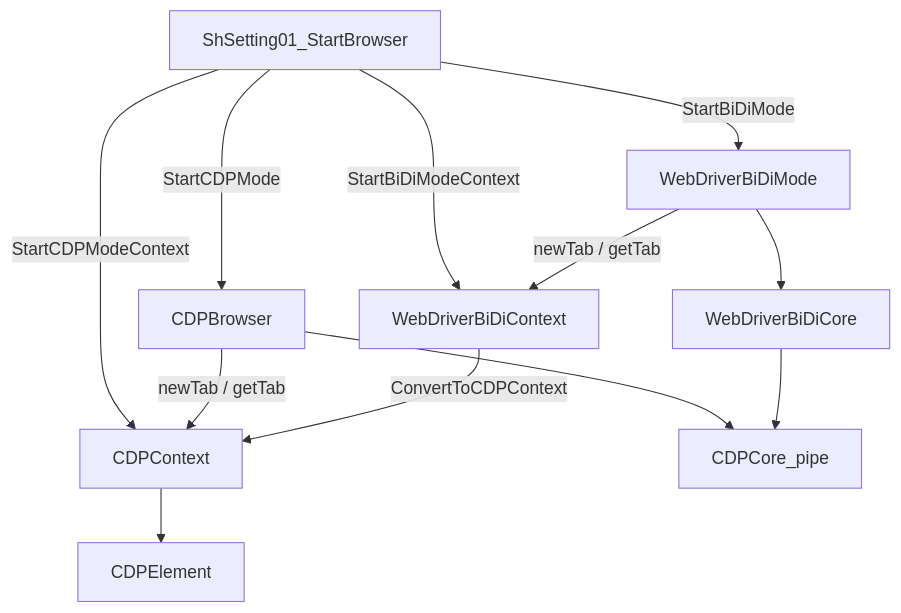
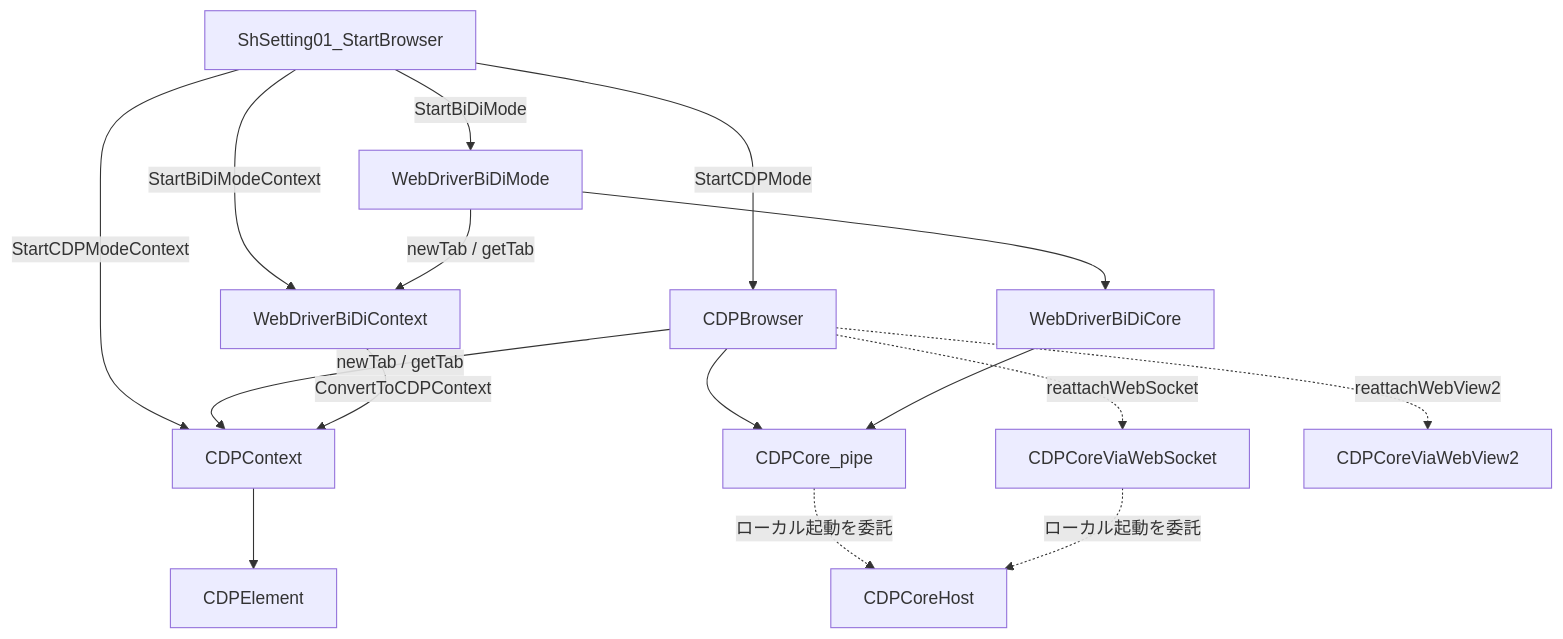
Before and after one commit to Eschamali/StarterWebScrapingKit: the diagram in docs/concepts/architecture.md, drawn with Mermaid. The commit also changed other lines of this file and 9 other files, not shown here.

````diff
--- a/docs/concepts/architecture.md
+++ b/docs/concepts/architecture.md
@@ -9,15 +9,19 @@
 ```mermaid
 flowchart TB
   setting[ShSetting01_StartBrowser]
   setting -->|StartCDPModeContext| ctxCdp[CDPContext]
   setting -->|StartCDPMode| brCdp[CDPBrowser]
   setting -->|StartBiDiModeContext| ctxBidi[WebDriverBiDiContext]
   setting -->|StartBiDiMode| modeBidi[WebDriverBiDiMode]
   brCdp -->|newTab / getTab| ctxCdp
   modeBidi -->|newTab / getTab| ctxBidi
   ctxCdp --> el[CDPElement]
   ctxBidi -->|ConvertToCDPContext| ctxCdp
   brCdp --> coreCdp[CDPCore_pipe]
   modeBidi --> coreBidi[WebDriverBiDiCore]
   coreBidi --> coreCdp
+  brCdp -.->|reattachWebSocket| coreWs[CDPCoreViaWebSocket]
+  brCdp -.->|reattachWebView2| coreWv2[CDPCoreViaWebView2]
+  coreCdp -.->|ローカル起動を委託| coreHost[CDPCoreHost]
+  coreWs -.->|ローカル起動を委託| coreHost
 ```
````
